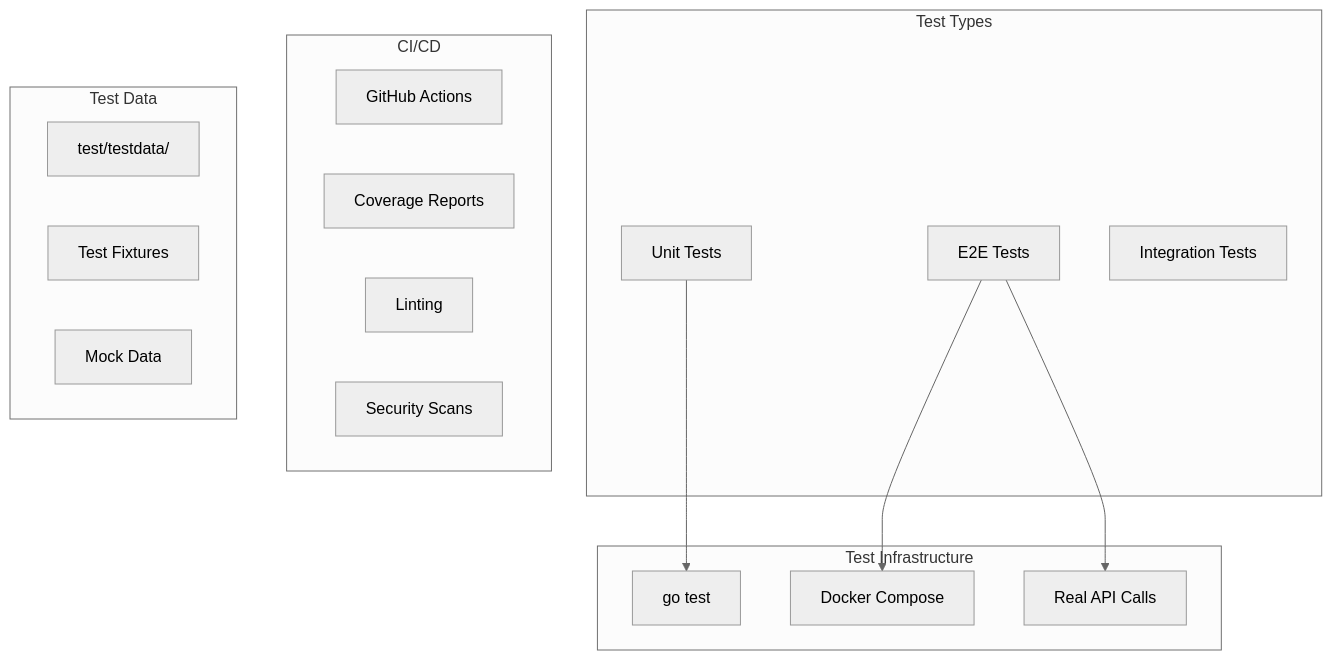
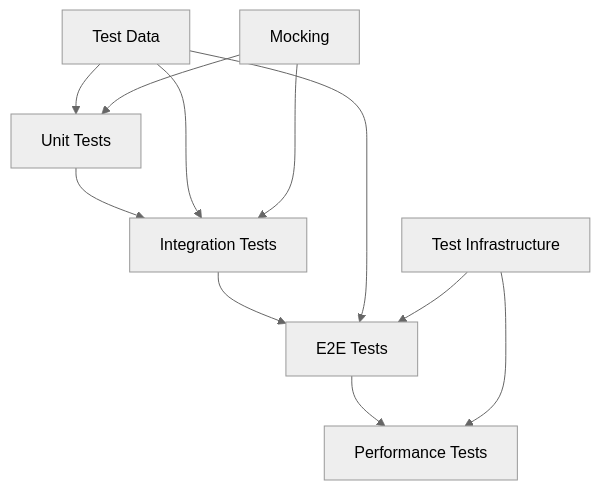
Before and after one commit to fairyhunter13/ai-cv-evaluator: the diagram in docs/development/TESTING.md, drawn with Mermaid (neutral theme). The commit also changed other lines of this file and 140 other files, not shown here.

First line of the commit message:
refactor: update environment configuration, enhance documentation, and improve test coverage

````diff
--- a/docs/development/TESTING.md
+++ b/docs/development/TESTING.md
@@ -16,27 +15,16 @@
 ```mermaid
 graph TB
-    subgraph "Test Types"
-        UT[Unit Tests]
-        E2E[E2E Tests]
-        INT[Integration Tests]
-    end
+    A[Unit Tests] --> B[Integration Tests]
+    B --> C[E2E Tests]
+    C --> D[Performance Tests]
     
-    subgraph "Test Infrastructure"
-        UT --> GoTest[go test]
-        E2E --> Docker[Docker Compose]
-        E2E --> RealAPI[Real API Calls]
-    end
+    E[Test Data] --> A
+    E --> B
+    E --> C
     
-    subgraph "CI/CD"
-        GitHub[GitHub Actions]
-        Coverage[Coverage Reports]
-        Lint[Linting]
-        Security[Security Scans]
-    end
+    F[Mocking] --> A
+    F --> B
     
-    subgraph "Test Data"
-        TestData[test/testdata/]
-        Fixtures[Test Fixtures]
-        Mocks[Mock Data]
-    end
+    G[Test Infrastructure] --> C
+    G --> D
 ```
````
